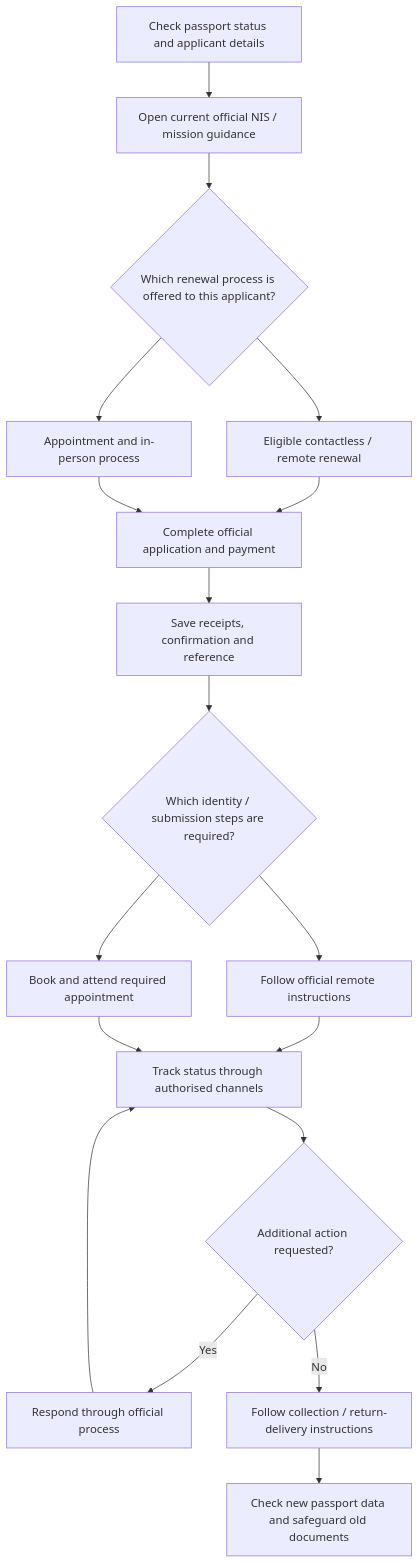
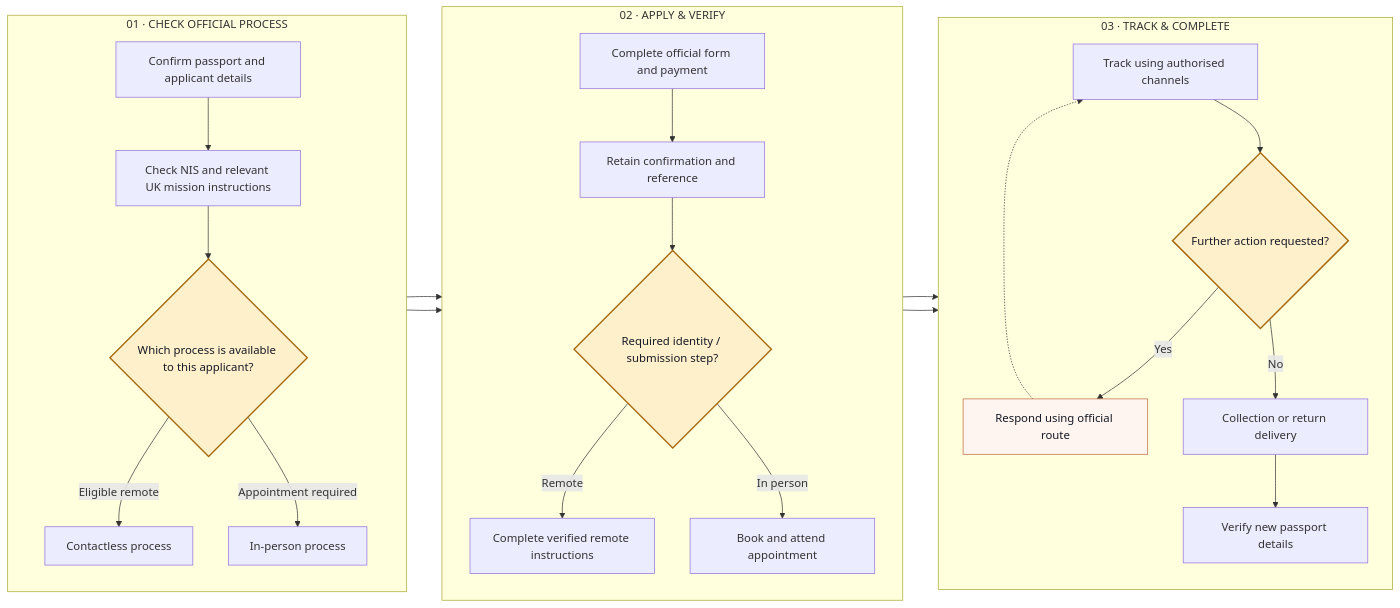
Before and after one commit to Mettelo/mettelo-resource-hub: the diagram in immigration/nigerian-passport/passport-renewal-uk.md, drawn with Mermaid.

Commit message:
Replace basic process diagram with branded, staged architecture map

````diff
--- a/immigration/nigerian-passport/passport-renewal-uk.md
+++ b/immigration/nigerian-passport/passport-renewal-uk.md
@@ -14,20 +14,33 @@
 ```mermaid
-flowchart TD
-    A["Check passport status and applicant details"] --> B["Open current official NIS / mission guidance"]
-    B --> C{"Which renewal process is offered to this applicant?"}
-    C --> D["Eligible contactless / remote renewal"]
-    C --> E["Appointment and in-person process"]
-    D --> F["Complete official application and payment"]
-    E --> F
-    F --> G["Save receipts, confirmation and reference"]
-    G --> H{"Which identity / submission steps are required?"}
-    H --> I["Follow official remote instructions"]
-    H --> J["Book and attend required appointment"]
-    I --> K["Track status through authorised channels"]
-    J --> K
-    K --> L{"Additional action requested?"}
-    L -- "Yes" --> M["Respond through official process"]
-    M --> K
-    L -- "No" --> N["Follow collection / return-delivery instructions"]
-    N --> O["Check new passport data and safeguard old documents"]
+flowchart LR
+  subgraph A["01 · CHECK OFFICIAL PROCESS"]
+    direction TB
+    A1["Confirm passport and applicant details"] --> A2["Check NIS and relevant UK mission instructions"]
+    A2 --> A3{"Which process is available to this applicant?"}
+    A3 -->|Eligible remote| A4["Contactless process"]
+    A3 -->|Appointment required| A5["In-person process"]
+  end
+  subgraph B["02 · APPLY & VERIFY"]
+    direction TB
+    B1["Complete official form and payment"] --> B2["Retain confirmation and reference"]
+    B2 --> B3{"Required identity / submission step?"}
+    B3 -->|Remote| B4["Complete verified remote instructions"]
+    B3 -->|In person| B5["Book and attend appointment"]
+  end
+  subgraph C["03 · TRACK & COMPLETE"]
+    direction TB
+    C1["Track using authorised channels"] --> C2{"Further action requested?"}
+    C2 -->|Yes| C3["Respond using official route"]
+    C3 -.-> C1
+    C2 -->|No| C4["Collection or return delivery"]
+    C4 --> C5["Verify new passport details"]
+  end
+  A4 --> B1
+  A5 --> B1
+  B4 --> C1
+  B5 --> C1
+  classDef gate fill:#fff0cc,stroke:#a66b12,color:#141925,stroke-width:2px;
+  classDef alert fill:#fff5f0,stroke:#bb6b3c,color:#141925;
+  class A3,B3,C2 gate;
+  class C3 alert;
 ```
````
